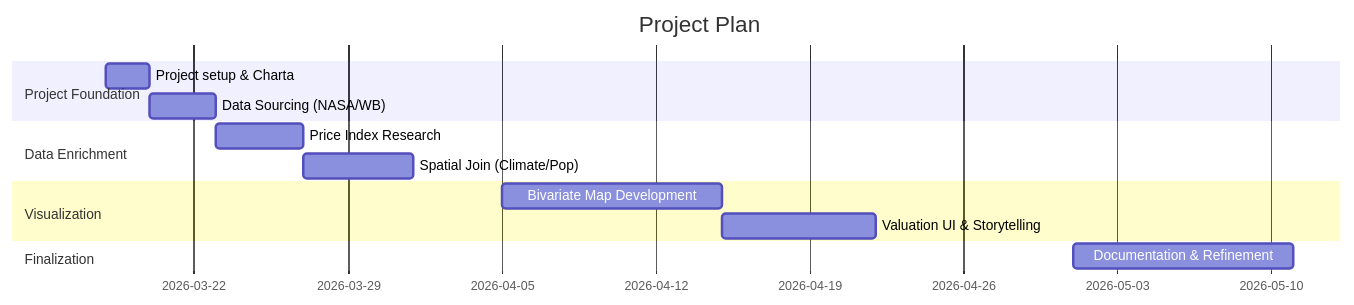
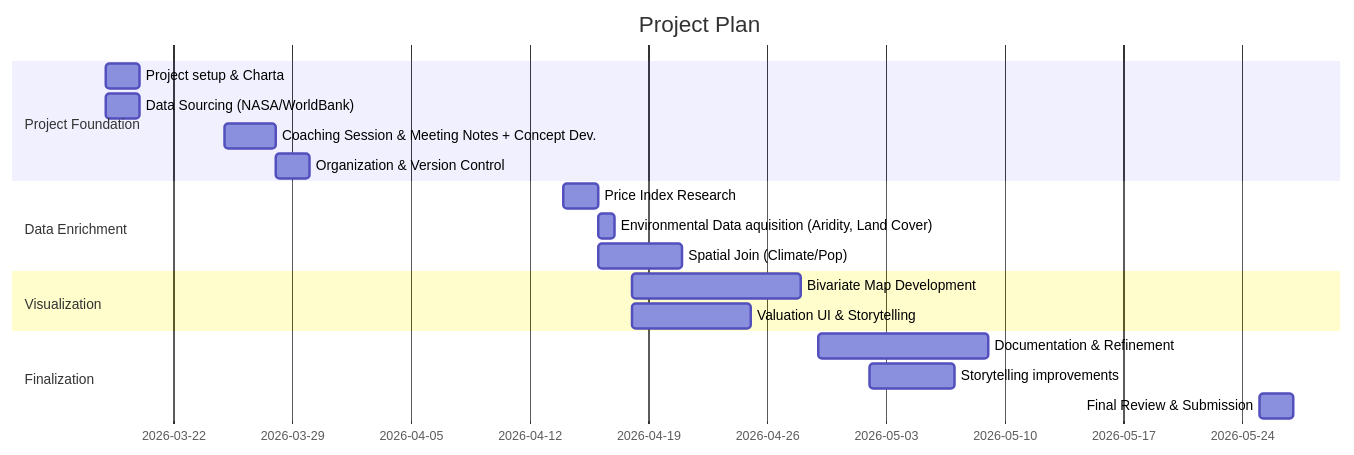
Before and after one commit to podsv-fs26-ad24/ad24-4-fancyproject: the diagram in docs/project_charta.qmd, drawn with Mermaid. The commit also changed 1 other file, not shown here.

Commit message:
updates project timeline and plan

````diff
--- a/docs/project_charta.qmd
+++ b/docs/project_charta.qmd
@@ -146,22 +146,27 @@
 ```{mermaid}
 %%| label: fig-project-plan
 %%| fig-cap: Preliminary project plan in the form of a Gantt chart.
 gantt
     title Project Plan
     dateFormat YYYY-MM-DD
     
     section Project Foundation
         Project setup & Charta      :a1, 2026-03-18, 2d
-        Data Sourcing (NASA/WB)      :a2, 2026-03-20, 3d
+        Data Sourcing (NASA/WorldBank)      :a2, 2026-03-18, 2d
+        Coaching Session & Meeting Notes + Concept Dev.   :a3, 2026-03-25, 3d
+        Organization & Version Control :a3, 2026-03-28, 2d
 
     section Data Enrichment
-        Price Index Research         :a3, 2026-03-23, 4d
-        Spatial Join (Climate/Pop)   :a4, 2026-03-27, 5d
+        Price Index Research         :a3, 2026-04-14, 2d
+        Environmental Data aquisition (Aridity, Land Cover) :a4, 2026-04-16, 1d
+        Spatial Join (Climate/Pop)   :a4, 2026-04-16, 5d
 
     section Visualization
-        Bivariate Map Development    :a5, 2026-04-05, 10d
-        Valuation UI & Storytelling  :a6, 2026-04-15, 7d
+        Bivariate Map Development    :a5, 2026-04-18, 10d
+        Valuation UI & Storytelling  :a6, 2026-04-18, 7d
 
     section Finalization
-        Documentation & Refinement   :a7, 2026-05-01, 10d
+        Documentation & Refinement   :a7, 2026-04-29, 10d
+        Storytelling improvements   :a7, 2026-05-02, 5d
+        Final Review & Submission    :a8, 2026-05-25, 2d
 ```
````
